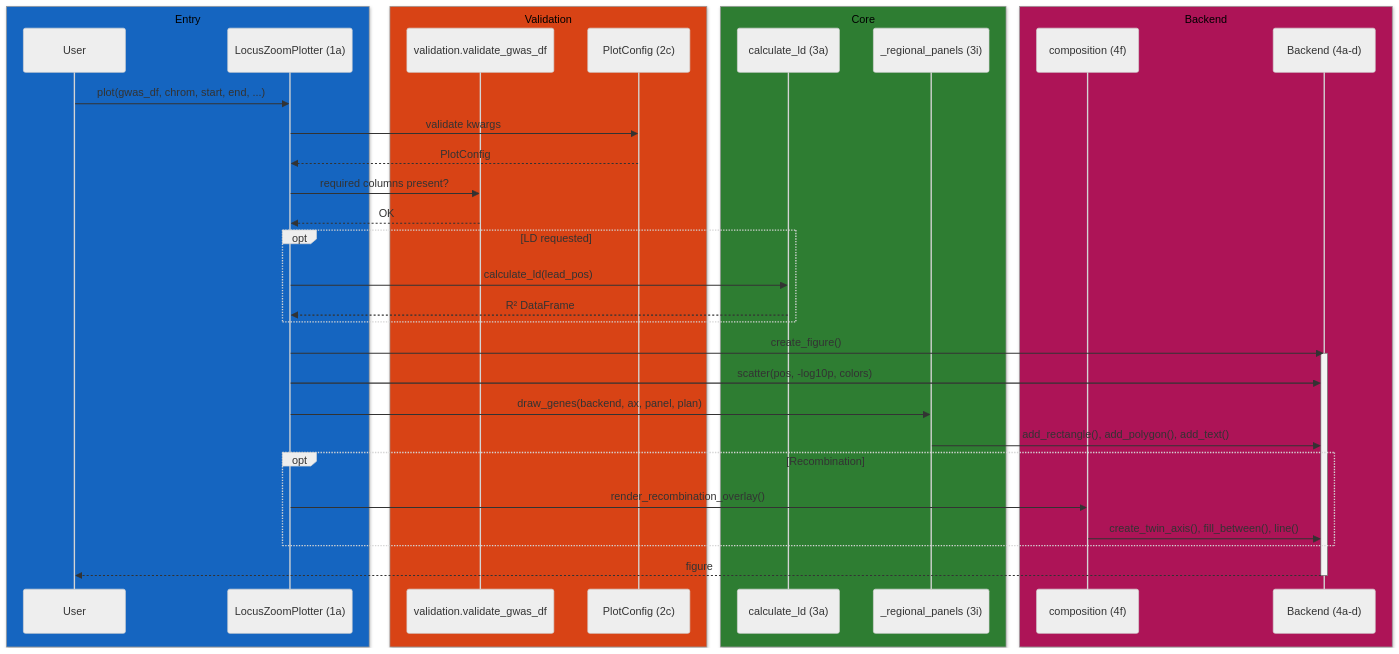
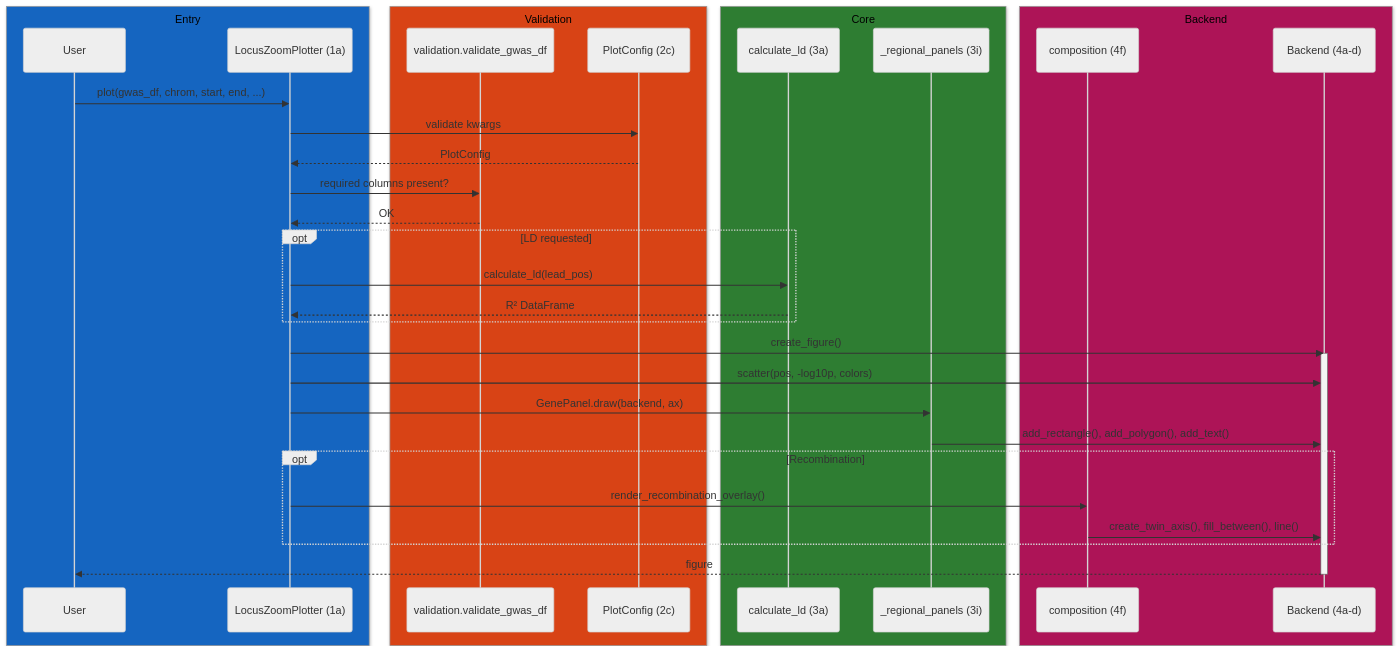
The second of 3 diagrams in docs/CODEMAP.md (michael-denyer/pyLocusZoom), drawn with Mermaid (neutral theme) before and after one commit. The commit also changed other lines of this file and 10 other files, not shown here.

````diff
--- a/docs/CODEMAP.md
+++ b/docs/CODEMAP.md
@@ -310,42 +310,42 @@
 ```mermaid
 sequenceDiagram
     box rgb(21, 101, 192) Entry
         participant U as User
         participant P as LocusZoomPlotter (1a)
     end
     box rgb(216, 67, 21) Validation
         participant V as validation.validate_gwas_df
         participant C as PlotConfig (2c)
     end
     box rgb(46, 125, 50) Core
         participant L as calculate_ld (3a)
         participant G as _regional_panels (3i)
     end
     box rgb(173, 20, 87) Backend
         participant O as composition (4f)
         participant B as Backend (4a-d)
     end
 
     U->>P: plot(gwas_df, chrom, start, end, ...)
     P->>C: validate kwargs
     C-->>P: PlotConfig
     P->>V: required columns present?
     V-->>P: OK
 
     opt LD requested
         P->>L: calculate_ld(lead_pos)
         L-->>P: R² DataFrame
     end
 
     P->>B: create_figure()
     activate B
     P->>B: scatter(pos, -log10p, colors)
-    P->>G: draw_genes(backend, ax, panel, plan)
+    P->>G: GenePanel.draw(backend, ax)
     G->>B: add_rectangle(), add_polygon(), add_text()
     opt Recombination
         P->>O: render_recombination_overlay()
         O->>B: create_twin_axis(), fill_between(), line()
     end
     B-->>U: figure
     deactivate B
 ```
````
